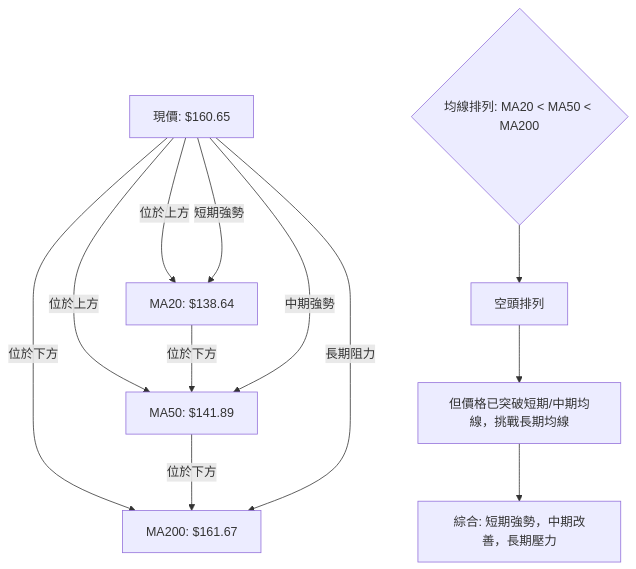
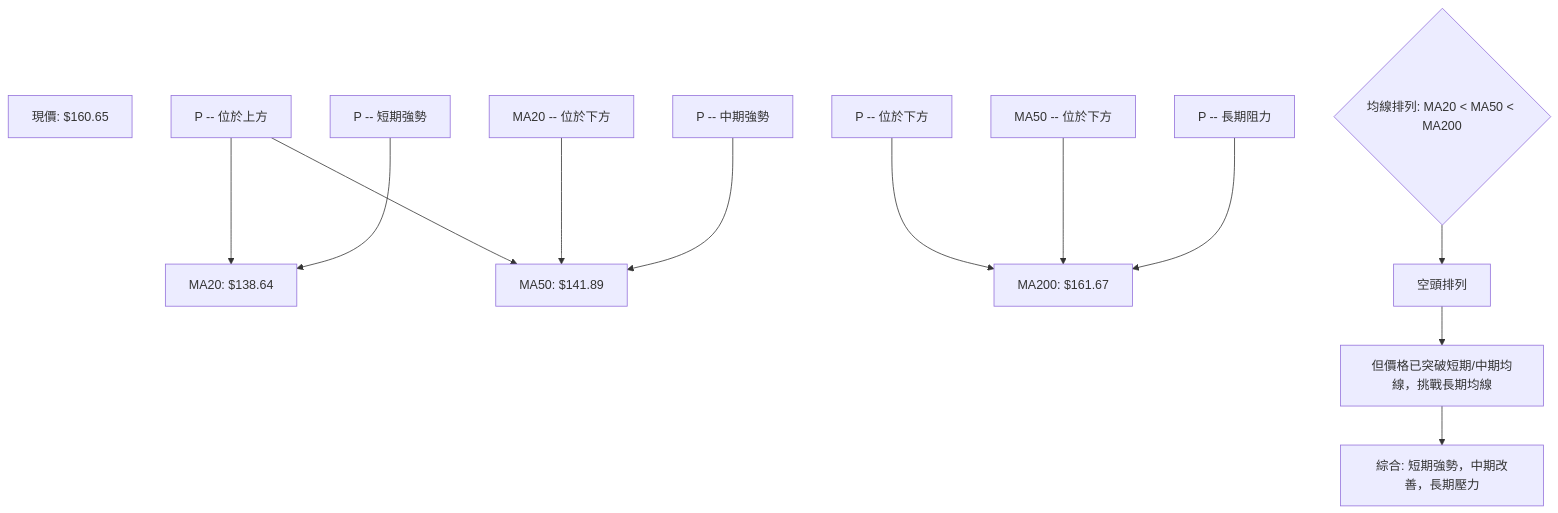
Before and after one commit to yennanliu/finance_data: the sixth of 6 diagrams in ai_gen_report/stock/pltr/technical_analysis_2026-06-01_gemini.md, drawn with Mermaid. The commit also changed other lines of this file and 2258 other files, not shown here.

First line of the commit message:
chore: backfill Mermaid syntax repair across existing reports

````diff
--- a/ai_gen_report/stock/pltr/technical_analysis_2026-06-01_gemini.md
+++ b/ai_gen_report/stock/pltr/technical_analysis_2026-06-01_gemini.md
@@ -495,24 +495,24 @@
 ```mermaid
 graph TD
-    P[現價: $160.65]
+    P["現價: $160.65"]
 
-    MA20[MA20: $138.64]
-    MA50[MA50: $141.89]
-    MA200[MA200: $161.67]
+    MA20["MA20: $138.64"]
+    MA50["MA50: $141.89"]
+    MA200["MA200: $161.67"]
 
-    P -- 位於上方 --> MA20
-    P -- 位於上方 --> MA50
-    P -- 位於下方 --> MA200
+    nb1["P -- 位於上方"] --> MA20
+    nb1["P -- 位於上方"] --> MA50
+    nb2["P -- 位於下方"] --> MA200
 
-    MA20 -- 位於下方 --> MA50
-    MA50 -- 位於下方 --> MA200
+    nb3["MA20 -- 位於下方"] --> MA50
+    nb4["MA50 -- 位於下方"] --> MA200
 
-    MA_ALIGNMENT{均線排列: MA20 < MA50 < MA200}
-    MA_ALIGNMENT --> BEARISH[空頭排列]
-    P -- 短期強勢 --> MA20
-    P -- 中期強勢 --> MA50
-    P -- 長期阻力 --> MA200
+    MA_ALIGNMENT{"均線排列: MA20 < MA50 < MA200"}
+    MA_ALIGNMENT --> BEARISH["空頭排列"]
+    nb5["P -- 短期強勢"] --> MA20
+    nb6["P -- 中期強勢"] --> MA50
+    nb7["P -- 長期阻力"] --> MA200
 
-    BEARISH --> CONFLICT[但價格已突破短期/中期均線，挑戰長期均線]
-    CONFLICT --> CONCLUSION[綜合: 短期強勢，中期改善，長期壓力]
+    BEARISH --> CONFLICT["但價格已突破短期/中期均線，挑戰長期均線"]
+    CONFLICT --> CONCLUSION["綜合: 短期強勢，中期改善，長期壓力"]
 ```
````
